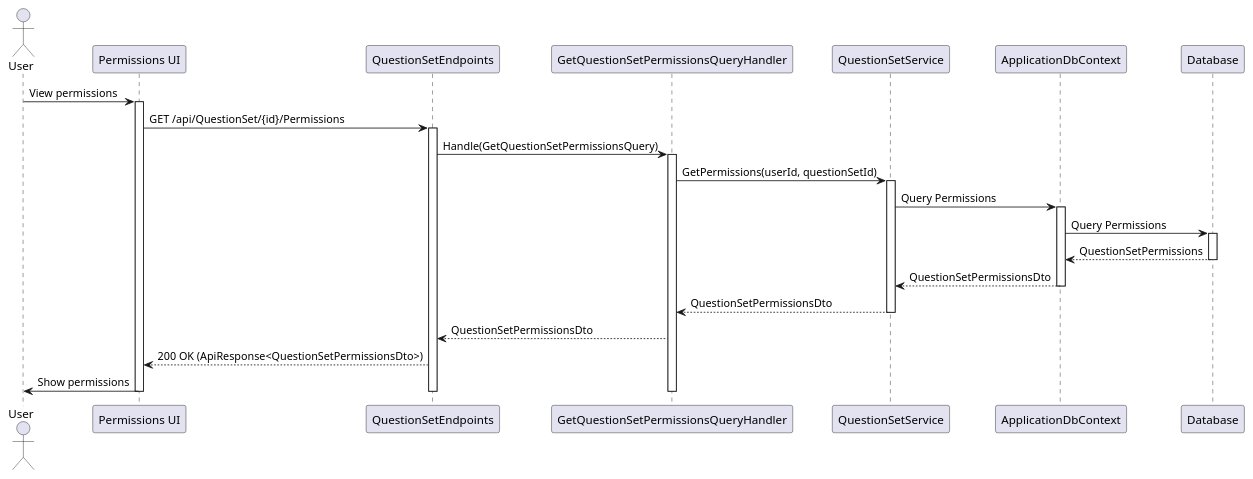
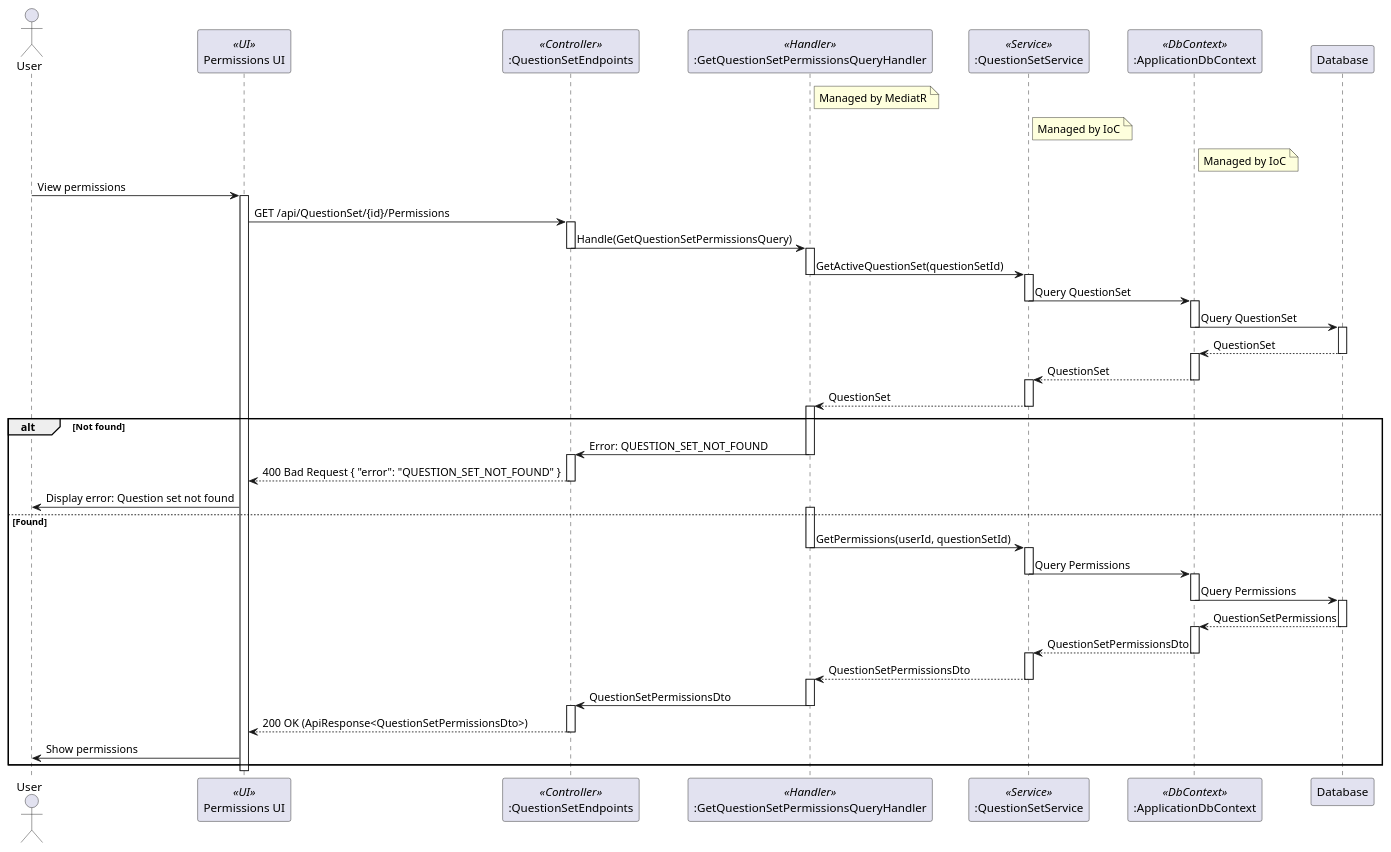
One commit to thanhkhac/SEP_Diagram changed the diagram in QuestionSets/Sequence/GetQuestionSetPermissionsQuery.puml. Above: the diagram before and after it, drawn with PlantUML. The commit also changed 23 other files, not shown here.

Commit message:
Enhance sequence diagrams for QuestionSet and TestTemplate

```diff
--- a/QuestionSets/Sequence/GetQuestionSetPermissionsQuery.puml
+++ b/QuestionSets/Sequence/GetQuestionSetPermissionsQuery.puml
@@ -1,34 +1,83 @@
 @startuml
 actor User
-participant "Permissions UI" as UI
-participant QuestionSetEndpoints
-participant GetQuestionSetPermissionsQueryHandler as Handler
-participant QuestionSetService
-participant ApplicationDbContext
+participant "Permissions UI" as UI <<UI>>
+participant ":QuestionSetEndpoints" as QuestionSetEndpoints <<Controller>>
+participant ":GetQuestionSetPermissionsQueryHandler" as GetQuestionSetPermissionsQueryHandler <<Handler>>
+participant ":QuestionSetService" as QuestionSetService <<Service>>
+participant ":ApplicationDbContext" as ApplicationDbContext <<DbContext>>
 participant Database
+
+note right of GetQuestionSetPermissionsQueryHandler
+  Managed by MediatR
+end note
+
+note right of QuestionSetService
+  Managed by IoC
+end note
+
+note right of ApplicationDbContext
+  Managed by IoC
+end note
 
 User -> UI : View permissions
 activate UI
 UI -> QuestionSetEndpoints : GET /api/QuestionSet/{id}/Permissions
 activate QuestionSetEndpoints
-QuestionSetEndpoints -> Handler : Handle(GetQuestionSetPermissionsQuery)
-activate Handler
-Handler -> QuestionSetService : GetPermissions(userId, questionSetId)
+QuestionSetEndpoints -> GetQuestionSetPermissionsQueryHandler : Handle(GetQuestionSetPermissionsQuery)
+deactivate QuestionSetEndpoints
+activate GetQuestionSetPermissionsQueryHandler
+GetQuestionSetPermissionsQueryHandler -> QuestionSetService : GetActiveQuestionSet(questionSetId)
+deactivate GetQuestionSetPermissionsQueryHandler
 activate QuestionSetService
-QuestionSetService -> ApplicationDbContext : Query Permissions
+QuestionSetService -> ApplicationDbContext : Query QuestionSet
+deactivate QuestionSetService
 activate ApplicationDbContext
-ApplicationDbContext -> Database : Query Permissions
+ApplicationDbContext -> Database : Query QuestionSet
+deactivate ApplicationDbContext
 activate Database
-Database --> ApplicationDbContext : QuestionSetPermissions
+Database --> ApplicationDbContext : QuestionSet
 deactivate Database
-ApplicationDbContext --> QuestionSetService : QuestionSetPermissionsDto
+activate ApplicationDbContext
+ApplicationDbContext --> QuestionSetService : QuestionSet
 deactivate ApplicationDbContext
-QuestionSetService --> Handler : QuestionSetPermissionsDto
+activate QuestionSetService
+QuestionSetService --> GetQuestionSetPermissionsQueryHandler : QuestionSet
 deactivate QuestionSetService
-Handler --> QuestionSetEndpoints : QuestionSetPermissionsDto
-QuestionSetEndpoints --> UI : 200 OK (ApiResponse<QuestionSetPermissionsDto>)
-UI -> User : Show permissions
-deactivate Handler
-deactivate QuestionSetEndpoints
+activate GetQuestionSetPermissionsQueryHandler
+alt Not found
+    GetQuestionSetPermissionsQueryHandler -> QuestionSetEndpoints : Error: QUESTION_SET_NOT_FOUND
+    deactivate GetQuestionSetPermissionsQueryHandler
+    activate QuestionSetEndpoints
+    QuestionSetEndpoints --> UI : 400 Bad Request { "error": "QUESTION_SET_NOT_FOUND" }
+    deactivate QuestionSetEndpoints
+    UI -> User : Display error: Question set not found
+else Found
+    activate GetQuestionSetPermissionsQueryHandler
+    GetQuestionSetPermissionsQueryHandler -> QuestionSetService : GetPermissions(userId, questionSetId)
+    deactivate GetQuestionSetPermissionsQueryHandler
+    activate QuestionSetService
+    QuestionSetService -> ApplicationDbContext : Query Permissions
+    deactivate QuestionSetService
+    activate ApplicationDbContext
+    ApplicationDbContext -> Database : Query Permissions
+    deactivate ApplicationDbContext
+    activate Database
+    Database --> ApplicationDbContext : QuestionSetPermissions
+    deactivate Database
+    activate ApplicationDbContext
+    ApplicationDbContext --> QuestionSetService : QuestionSetPermissionsDto
+    deactivate ApplicationDbContext
+    activate QuestionSetService
+    QuestionSetService --> GetQuestionSetPermissionsQueryHandler : QuestionSetPermissionsDto
+    deactivate QuestionSetService
+    activate GetQuestionSetPermissionsQueryHandler
+    GetQuestionSetPermissionsQueryHandler -> QuestionSetEndpoints : QuestionSetPermissionsDto
+    deactivate GetQuestionSetPermissionsQueryHandler
+    activate QuestionSetEndpoints
+    QuestionSetEndpoints --> UI : 200 OK (ApiResponse<QuestionSetPermissionsDto>)
+    deactivate QuestionSetEndpoints
+    UI -> User : Show permissions
+end
 deactivate UI
+
 @enduml
```
